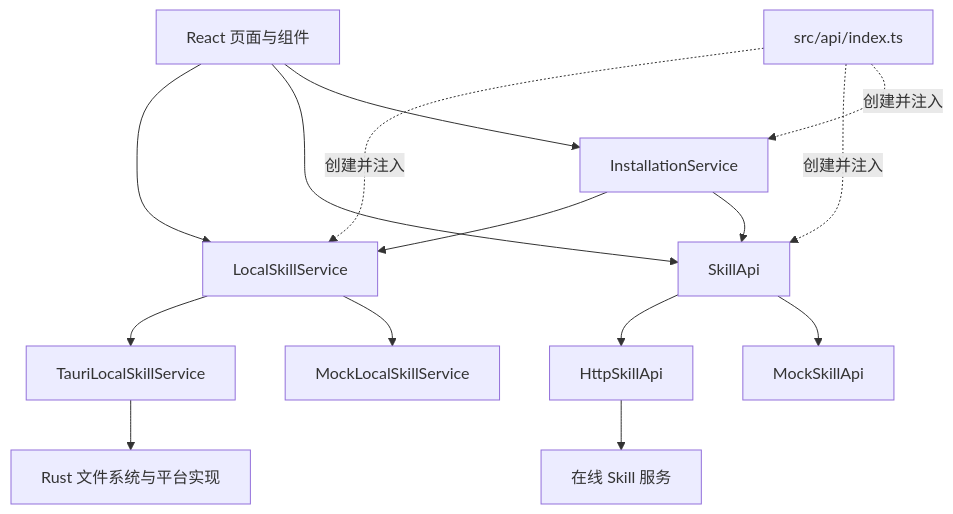
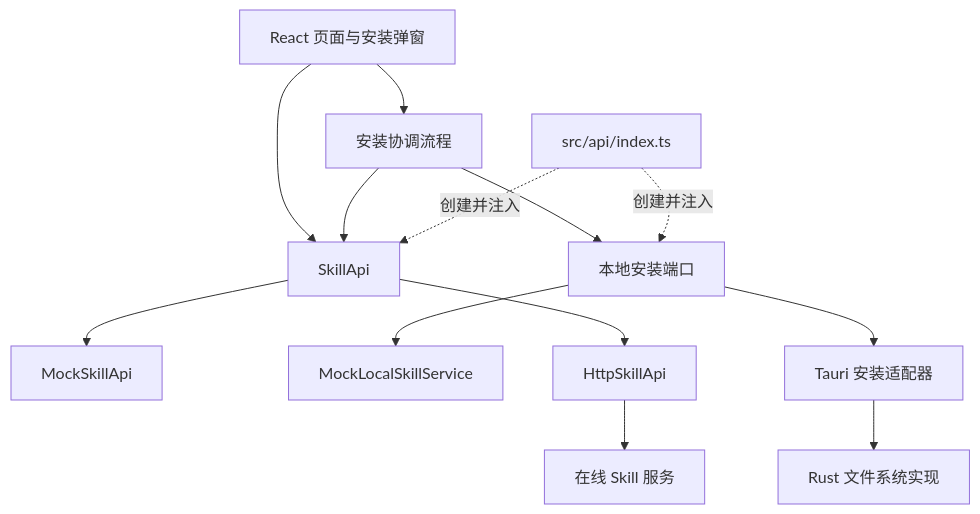
The diagram in docs/ARCHITECTURE.md (ranjingya/kocotree-skills-desktop), drawn with Mermaid before and after one commit. The commit also changed other lines of this file and 5 other files, not shown here.

````diff
--- a/docs/ARCHITECTURE.md
+++ b/docs/ARCHITECTURE.md
@@ -108,29 +96,27 @@
 ```mermaid
 flowchart TB
-  UI["React 页面与组件"]
-  InstallApp["InstallationService"]
-  LocalPort["LocalSkillService"]
+  UI["React 页面与安装弹窗"]
+  InstallFlow["安装协调流程"]
   OnlinePort["SkillApi"]
+  LocalPort["本地安装端口"]
   Composition["src/api/index.ts"]
-  TauriAdapter["TauriLocalSkillService"]
+  MockOnline["MockSkillApi"]
+  MockLocal["MockLocalSkillService"]
   HttpAdapter["HttpSkillApi"]
-  MockLocal["MockLocalSkillService"]
-  MockOnline["MockSkillApi"]
-  Rust["Rust 文件系统与平台实现"]
+  TauriAdapter["Tauri 安装适配器"]
   Server["在线 Skill 服务"]
+  Rust["Rust 文件系统实现"]
 
-  UI --> LocalPort
+  UI --> InstallFlow
   UI --> OnlinePort
-  UI --> InstallApp
-  InstallApp --> LocalPort
-  InstallApp --> OnlinePort
+  InstallFlow --> OnlinePort
+  InstallFlow --> LocalPort
+  Composition -. "创建并注入" .-> OnlinePort
   Composition -. "创建并注入" .-> LocalPort
-  Composition -. "创建并注入" .-> OnlinePort
-  Composition -. "创建并注入" .-> InstallApp
+  OnlinePort --> MockOnline
+  OnlinePort --> HttpAdapter
+  LocalPort --> MockLocal
   LocalPort --> TauriAdapter
-  LocalPort --> MockLocal
-  OnlinePort --> HttpAdapter
-  OnlinePort --> MockOnline
+  HttpAdapter --> Server
   TauriAdapter --> Rust
-  HttpAdapter --> Server
 ```
````
